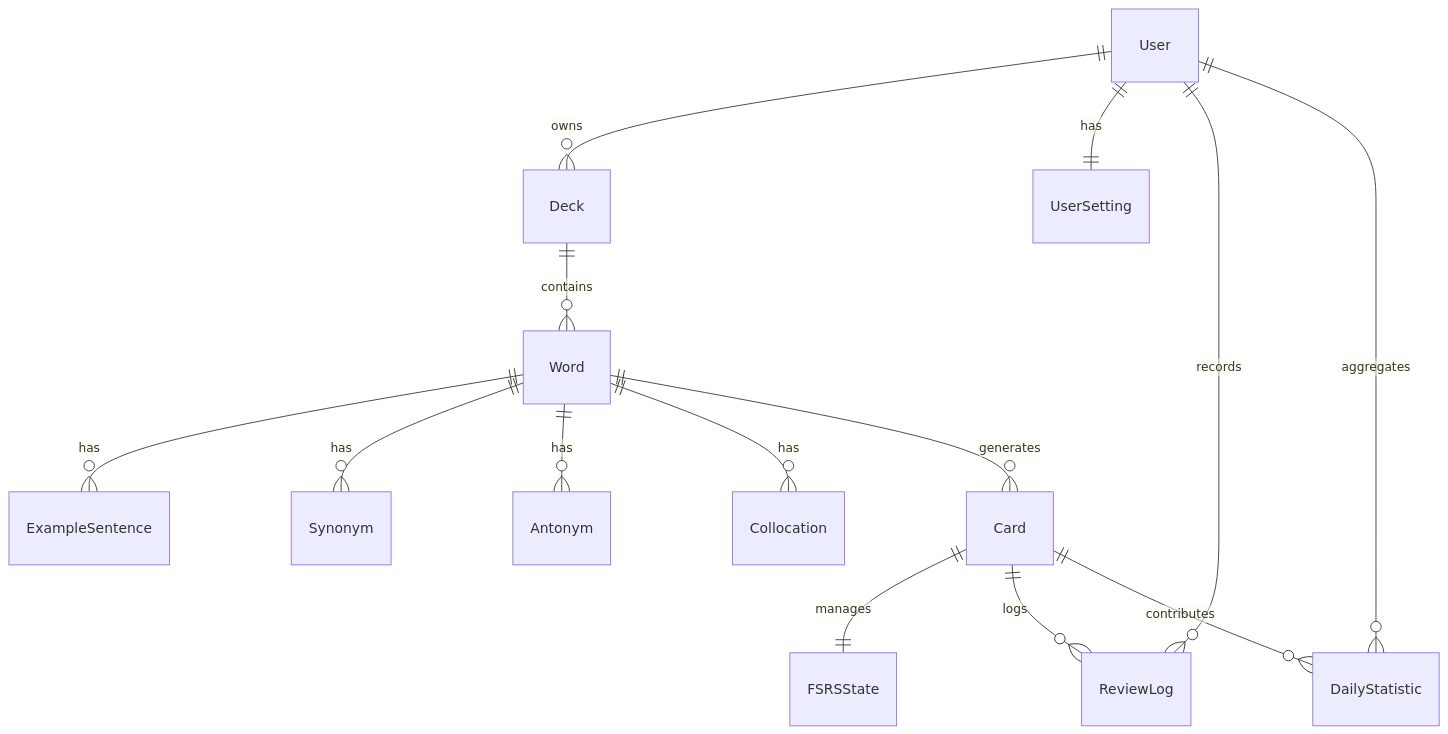
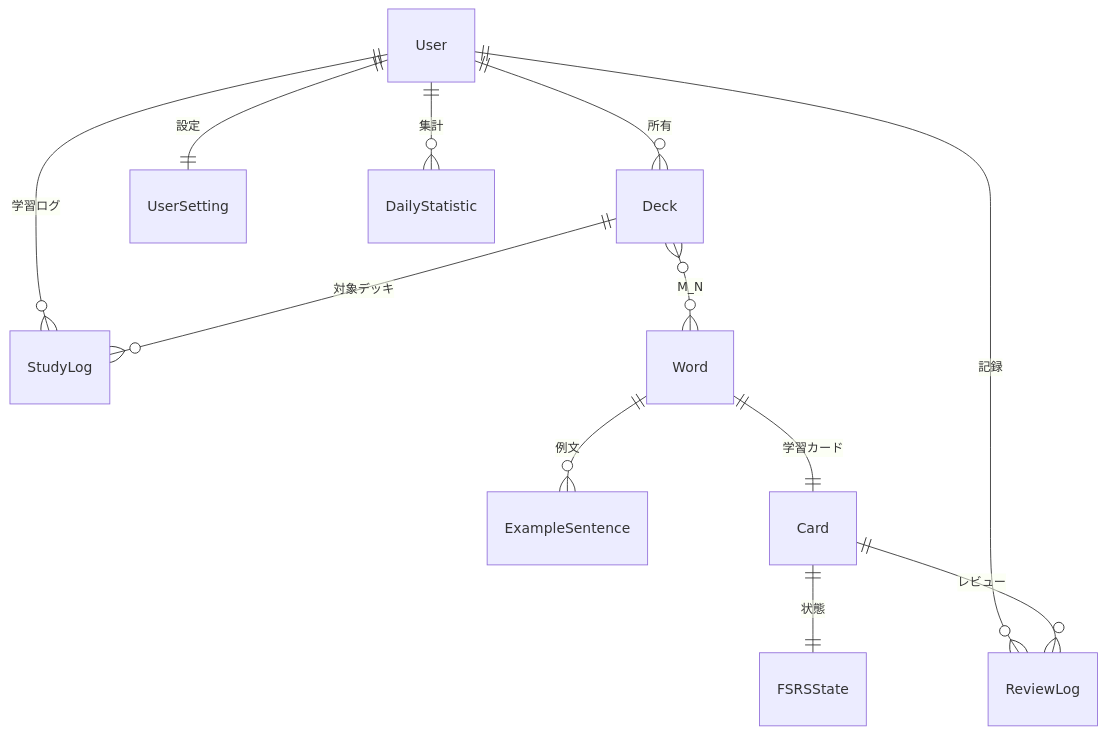
One commit to oniemikel/english-learning-tool changed the second of 5 diagrams in docs/基本設計書.md. Above: the diagram before and after it, drawn with Mermaid. The commit also changed other lines of this file and 2 other files, not shown here.

````diff
--- a/docs/基本設計書.md
+++ b/docs/基本設計書.md
@@ -149,16 +86,17 @@
 ```mermaid
 erDiagram
-    User ||--o{ Deck : owns
-    User ||--|| UserSetting : has
-    User ||--o{ ReviewLog : records
-    User ||--o{ DailyStatistic : aggregates
-    Deck ||--o{ Word : contains
-    Word ||--o{ ExampleSentence : has
-    Word ||--o{ Synonym : has
-    Word ||--o{ Antonym : has
-    Word ||--o{ Collocation : has
-    Word ||--o{ Card : generates
-    Card ||--|| FSRSState : manages
-    Card ||--o{ ReviewLog : logs
-    Card ||--o{ DailyStatistic : contributes
+  User ||--o{ Deck : 所有
+  User ||--|| UserSetting : 設定
+  User ||--o{ ReviewLog : 記録
+  User ||--o{ DailyStatistic : 集計
+  User ||--o{ StudyLog : 学習ログ
+
+  Deck }o--o{ Word : M_N
+
+  Word ||--o{ ExampleSentence : 例文
+  Word ||--|| Card : 学習カード
+  Card ||--|| FSRSState : 状態
+  Card ||--o{ ReviewLog : レビュー
+
+  Deck ||--o{ StudyLog : 対象デッキ
 ```
````
